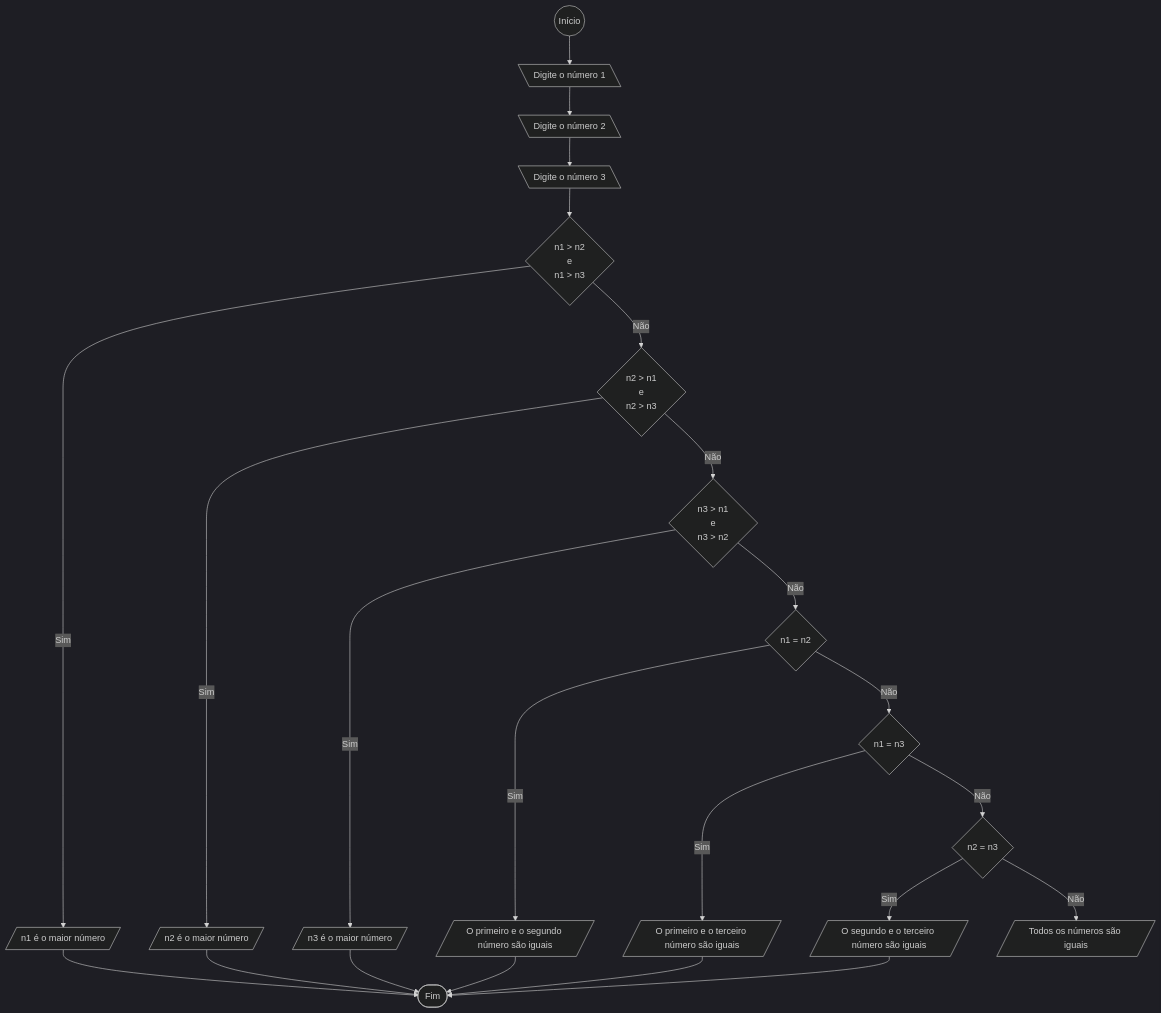
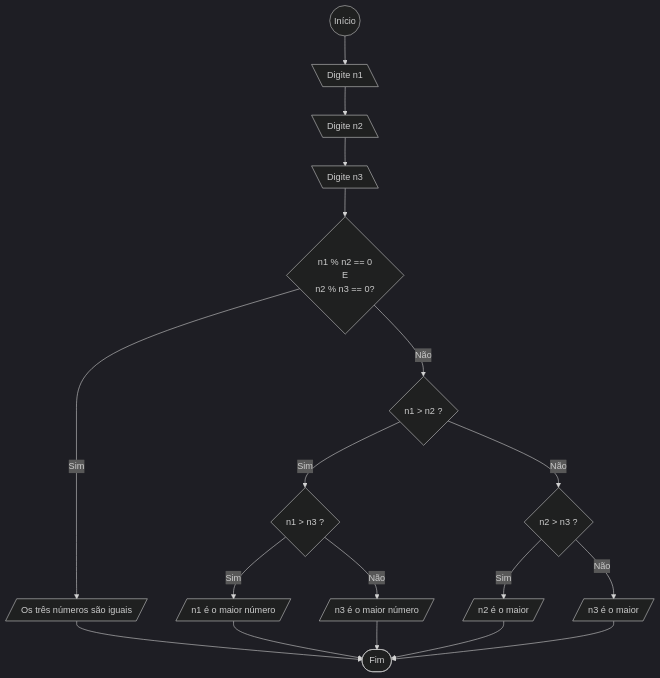
Before and after one commit to MarcelaMulato/ADS_LP: the seventh of 10 diagrams in Listas de Exercícios/LP_Lista_01/README.md, drawn with Mermaid (dark theme). The commit also changed other lines of this file and 42 other files, not shown here.

````diff
--- a/Listas de Exercícios/LP_Lista_01/README.md
+++ b/Listas de Exercícios/LP_Lista_01/README.md
@@ -99,25 +99,20 @@
    ```mermaid
    flowchart TD
-      start(( Início )) --> n1[\ Digite o número 1\]
-      n1 --> n2[\ Digite o número 2 \]
-      n2 --> n3[\ Digite o número 3\]
-      n3 --> maior{ n1 > n2 \n e \n n1 > n3 }
-      maior --> |Sim| A[/ n1 é o maior número /]
-      maior --> |Não| maior2{ n2 > n1 \n e \n n2 > n3 }
-      maior2 --> |Sim| B[/ n2 é o maior número/]
-      maior2 --> |Não| maior3{ n3 > n1 \n e \n n3 > n2 }
-      maior3 --> |Sim| C[/ n3 é o maior número /]
-      maior3 --> |Não| igual{ n1 = n2}
-      igual --> |Sim| D[/ O primeiro e o segundo número são iguais/]
-      igual --> |Não| igual2{ n1 = n3}
-      igual2 --> |Sim| E[/ O primeiro e o terceiro número são iguais/]
-      igual2 --> |Não| igual3{ n2 = n3}
-      igual3 --> |Sim| F[/ O segundo e o terceiro número são iguais/]
-      igual3 --> |Não| G[/ Todos os números são iguais/]
+      start(( Início )) --> input[\ Digite n1 \]
+      input --> inpu[\ Digite n2 \]
+      inpu --> inp[\ Digite n3 \]
+      inp --> teste{ n1 % n2 == 0 \n E \n n2 % n3 == 0?}
+      teste --> |Sim| A[/ Os três números são iguais /]
+      teste --> |Não| test2{ n1 > n2 ? }
+      test2 --> |Sim| test4{ n1 > n3 ? }
+      test4 --> |Sim| C[/ n1 é o maior número /]
+      test4 --> |Não| D[/ n3 é o maior número /]
+      test2 --> |Não| test5{ n2 > n3 ? }
+      test5 --> |Sim| E[/ n2 é o maior /]
+      test5 --> |Não| F[/ n3 é o maior/]
       A --> finish([ Fim ])
-      B --> finish
       C --> finish
       D --> finish
       E --> finish
       F --> finish
    ```
````
